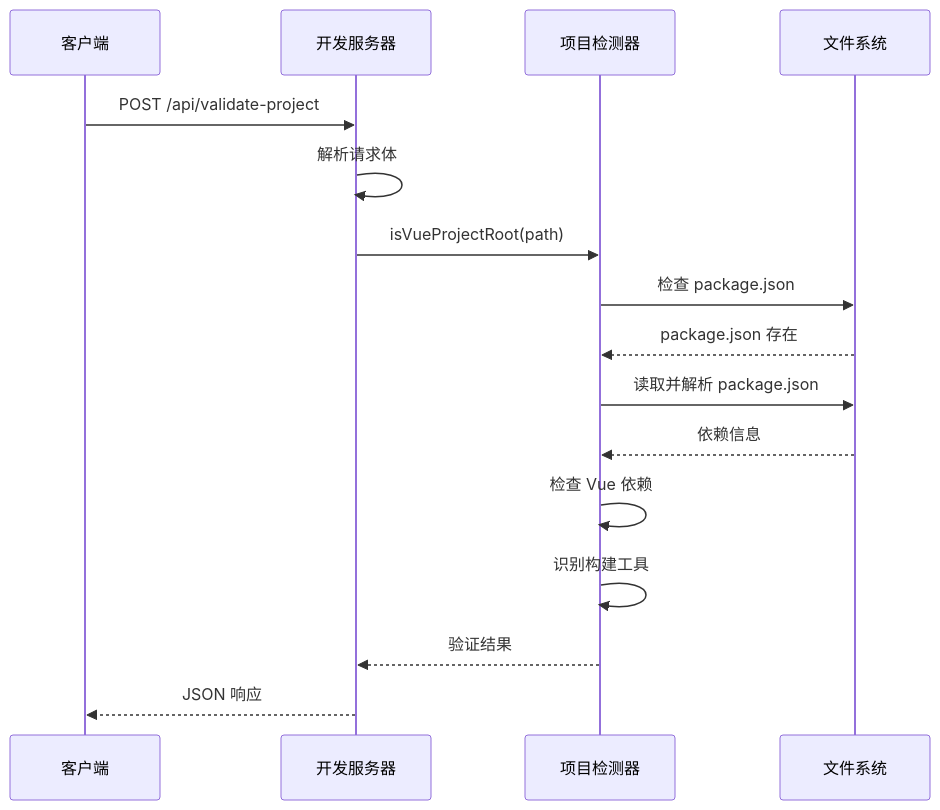
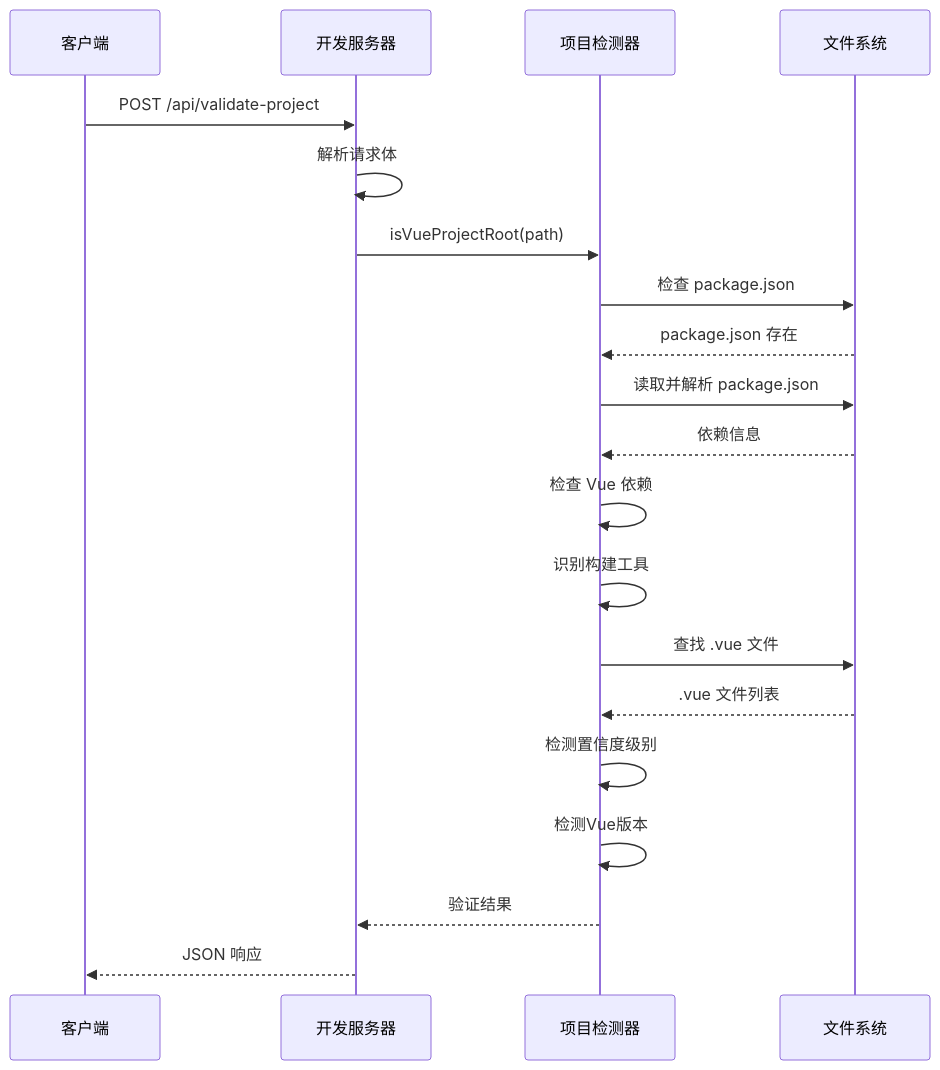
One commit to itszzl-sudo/iris changed the fifth of 12 diagrams in .qoder/repowiki/zh/content/核心功能特性/Vue项目检测功能指南.md. Above: the diagram before and after it, drawn with Mermaid. The commit also changed other lines of this file and 5 other files, not shown here.

````diff
--- a/.qoder/repowiki/zh/content/核心功能特性/Vue项目检测功能指南.md
+++ b/.qoder/repowiki/zh/content/核心功能特性/Vue项目检测功能指南.md
@@ -197,18 +238,22 @@
 ```mermaid
 sequenceDiagram
 participant Client as 客户端
 participant Server as 开发服务器
 participant Validator as 项目检测器
 participant FS as 文件系统
 Client->>Server : POST /api/validate-project
 Server->>Server : 解析请求体
 Server->>Validator : isVueProjectRoot(path)
 Validator->>FS : 检查 package.json
 FS-->>Validator : package.json 存在
 Validator->>FS : 读取并解析 package.json
 FS-->>Validator : 依赖信息
 Validator->>Validator : 检查 Vue 依赖
 Validator->>Validator : 识别构建工具
+Validator->>FS : 查找 .vue 文件
+FS-->>Validator : .vue 文件列表
+Validator->>Validator : 检测置信度级别
+Validator->>Validator : 检测Vue版本
 Validator-->>Server : 验证结果
 Server-->>Client : JSON 响应
 ```
````
